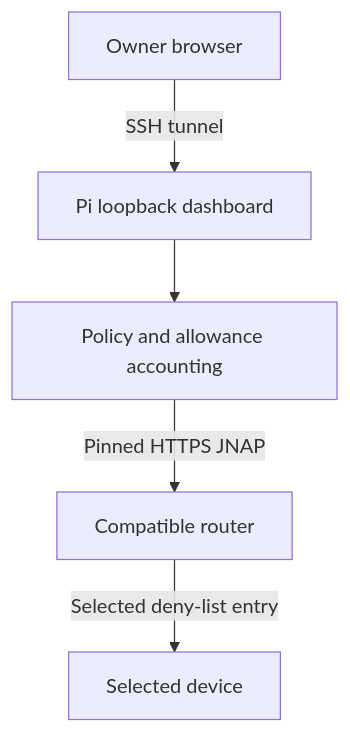
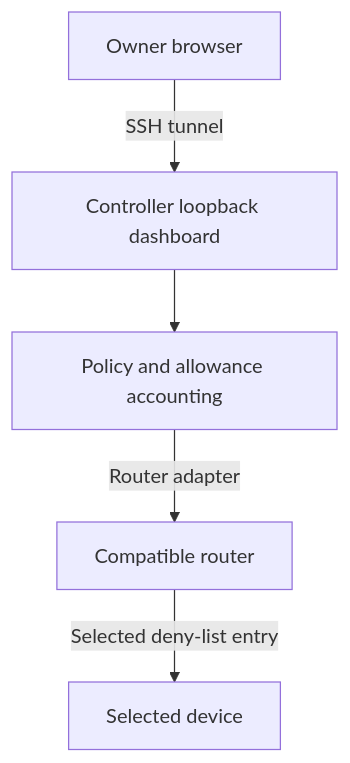
Before and after one commit to polarvapourer/NetTime: the diagram in README.md, drawn with Mermaid. The commit also changed other lines of this file and 44 other files, not shown here.

Commit message:
Support cross-platform controller hosts and extensible router drivers

````diff
--- a/README.md
+++ b/README.md
@@ -53,7 +55,7 @@
 ```mermaid
 flowchart TD
-  A[Owner browser] -->|SSH tunnel| B[Pi loopback dashboard]
+  A[Owner browser] -->|SSH tunnel| B[Controller loopback dashboard]
   B --> C[Policy and allowance accounting]
-  C -->|Pinned HTTPS JNAP| D[Compatible router]
+  C -->|Router adapter| D[Compatible router]
   D -->|Selected deny-list entry| E[Selected device]
 ```
````
